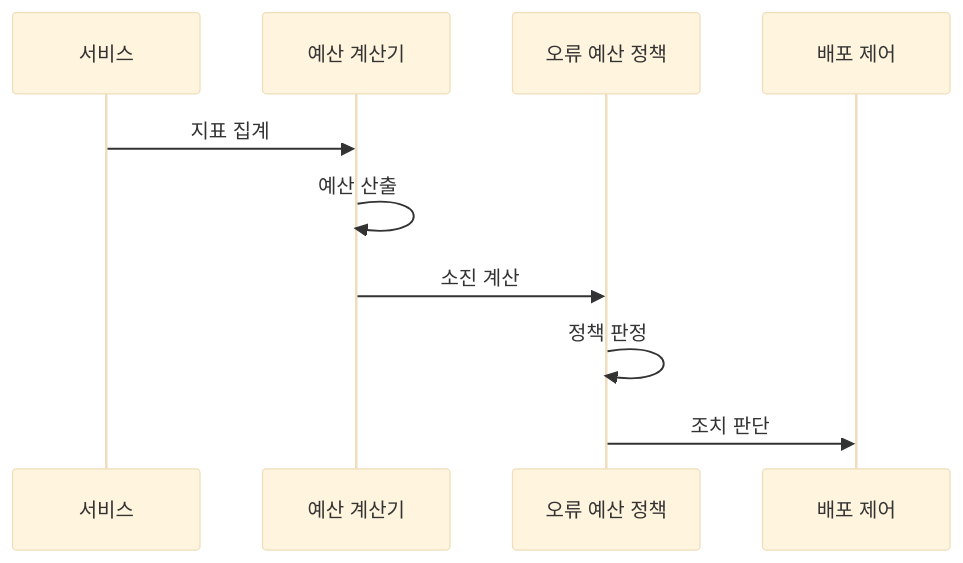
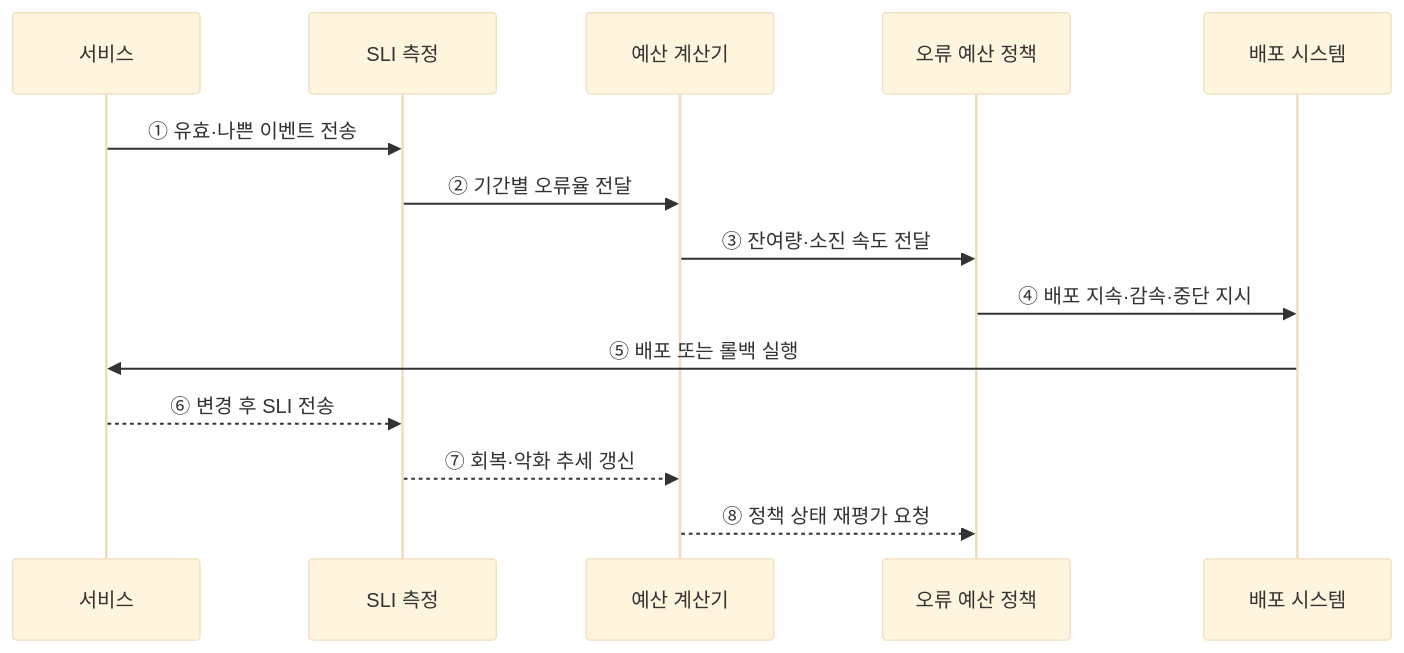
Before and after one commit to agnusdei1207/knowledge-base: the second of 2 diagrams in src/content/docs/notes/03-software/166_error_budget.md, drawn with Mermaid (base theme). The commit also changed other lines of this file and 20 other files, not shown here.

````diff
--- a/src/content/docs/notes/03-software/166_error_budget.md
+++ b/src/content/docs/notes/03-software/166_error_budget.md
@@ -76,12 +68,16 @@
 ```mermaid
 sequenceDiagram
     participant S as 서비스
+    participant M as SLI 측정
     participant C as 예산 계산기
     participant P as 오류 예산 정책
-    participant D as 배포 제어
-    S->>C: 지표 집계
-    C->>C: 예산 산출
-    C->>P: 소진 계산
-    P->>P: 정책 판정
-    P->>D: 조치 판단
+    participant D as 배포 시스템
+    S->>M: ① 유효·나쁜 이벤트 전송
+    M->>C: ② 기간별 오류율 전달
+    C->>P: ③ 잔여량·소진 속도 전달
+    P->>D: ④ 배포 지속·감속·중단 지시
+    D->>S: ⑤ 배포 또는 롤백 실행
+    S-->>M: ⑥ 변경 후 SLI 전송
+    M-->>C: ⑦ 회복·악화 추세 갱신
+    C-->>P: ⑧ 정책 상태 재평가 요청
 ```
````
